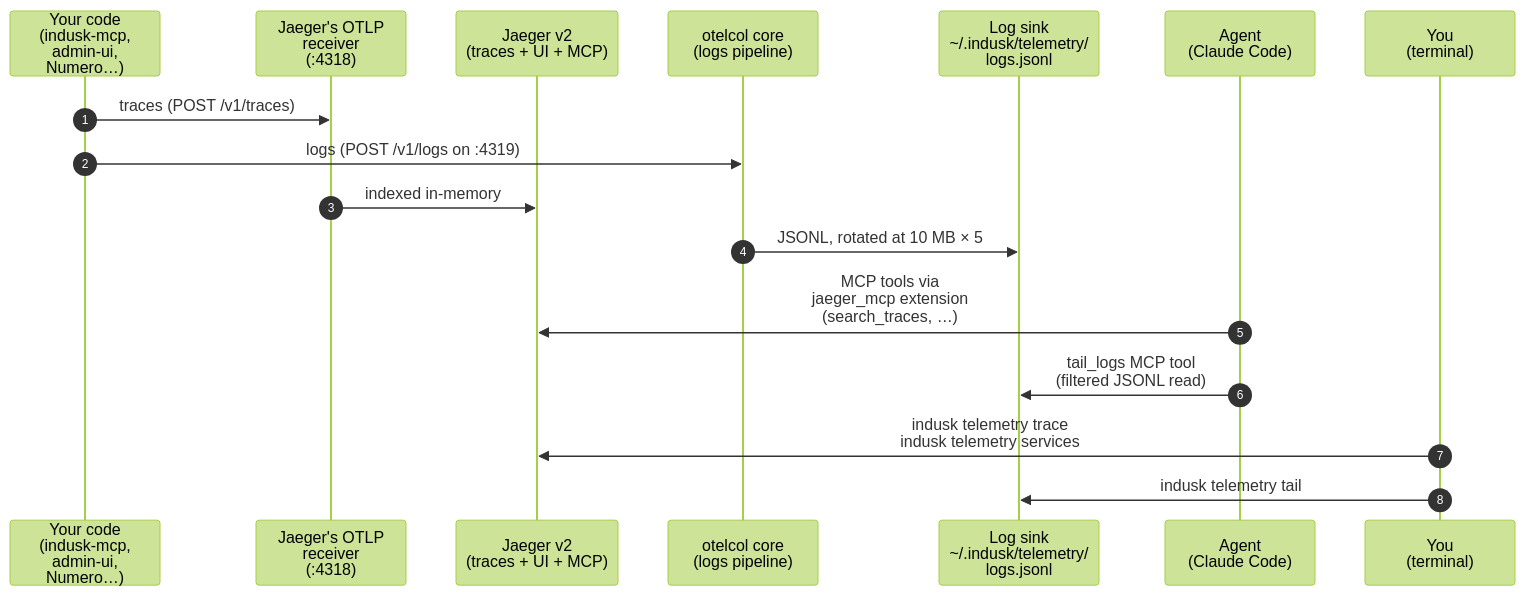
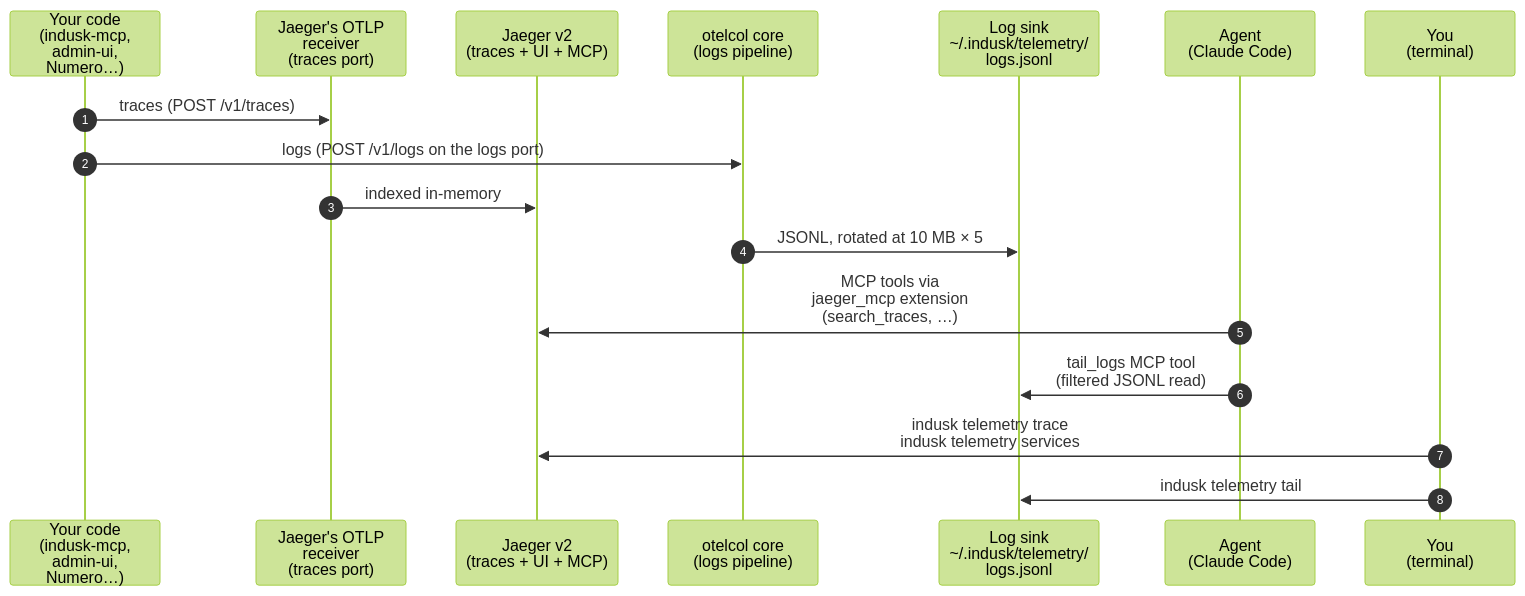
The diagram in apps/docs/src/reference/telemetry/overview.md (infinitedusky/indusk), drawn with Mermaid (forest theme) before and after one commit. The commit also changed other lines of this file and 4 other files, not shown here.

````diff
--- a/apps/docs/src/reference/telemetry/overview.md
+++ b/apps/docs/src/reference/telemetry/overview.md
@@ -28,22 +28,22 @@
 ```mermaid
 sequenceDiagram
     autonumber
     participant App as Your code<br/>(indusk-mcp,<br/>admin-ui,<br/>Numero…)
-    participant OTLP as Jaeger's OTLP<br/>receiver<br/>(:4318)
+    participant OTLP as Jaeger's OTLP<br/>receiver<br/>(traces port)
     participant Jaeger as Jaeger v2<br/>(traces + UI + MCP)
     participant Otelcol as otelcol core<br/>(logs pipeline)
     participant Sink as Log sink<br/>~/.indusk/telemetry/<br/>logs.jsonl
     participant Agent as Agent<br/>(Claude Code)
     participant You as You<br/>(terminal)
 
     App->>OTLP: traces (POST /v1/traces)
-    App->>Otelcol: logs (POST /v1/logs on :4319)
+    App->>Otelcol: logs (POST /v1/logs on the logs port)
     OTLP->>Jaeger: indexed in-memory
     Otelcol->>Sink: JSONL, rotated at 10 MB × 5
 
     Agent->>Jaeger: MCP tools via<br/>jaeger_mcp extension<br/>(search_traces, …)
     Agent->>Sink: tail_logs MCP tool<br/>(filtered JSONL read)
 
     You->>Jaeger: indusk telemetry trace<br/>indusk telemetry services
     You->>Sink: indusk telemetry tail
 ```
````
